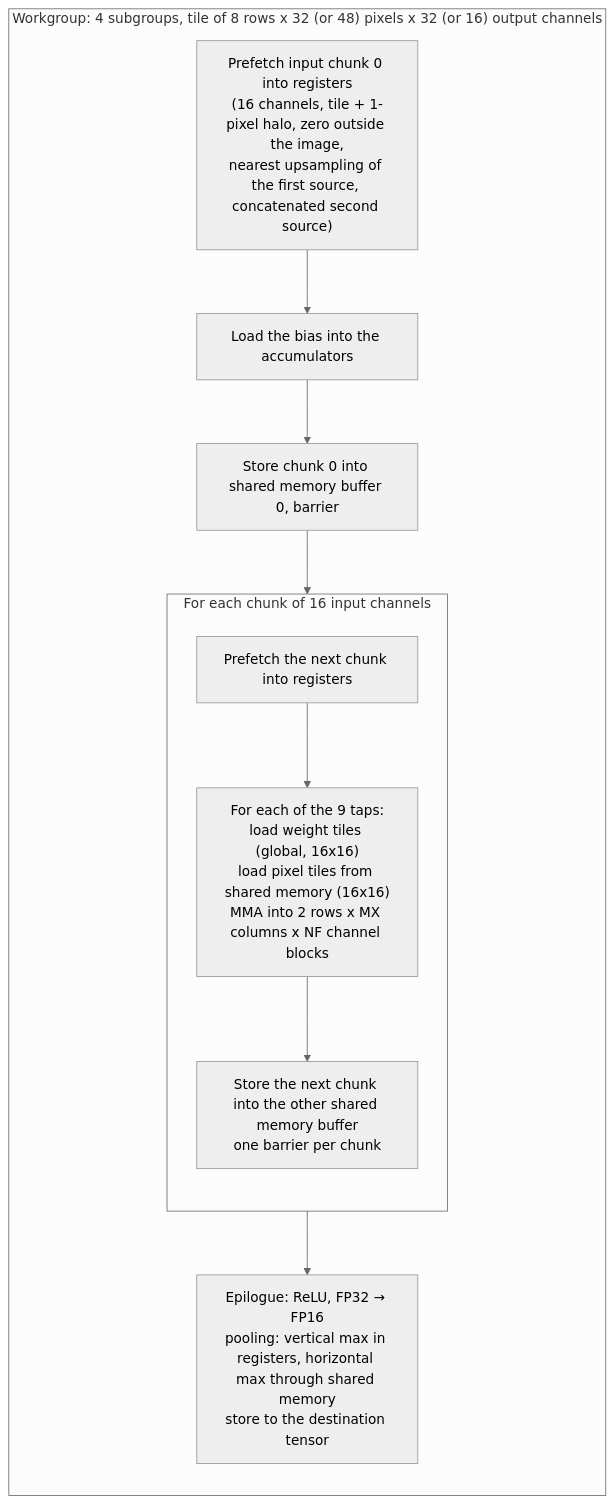
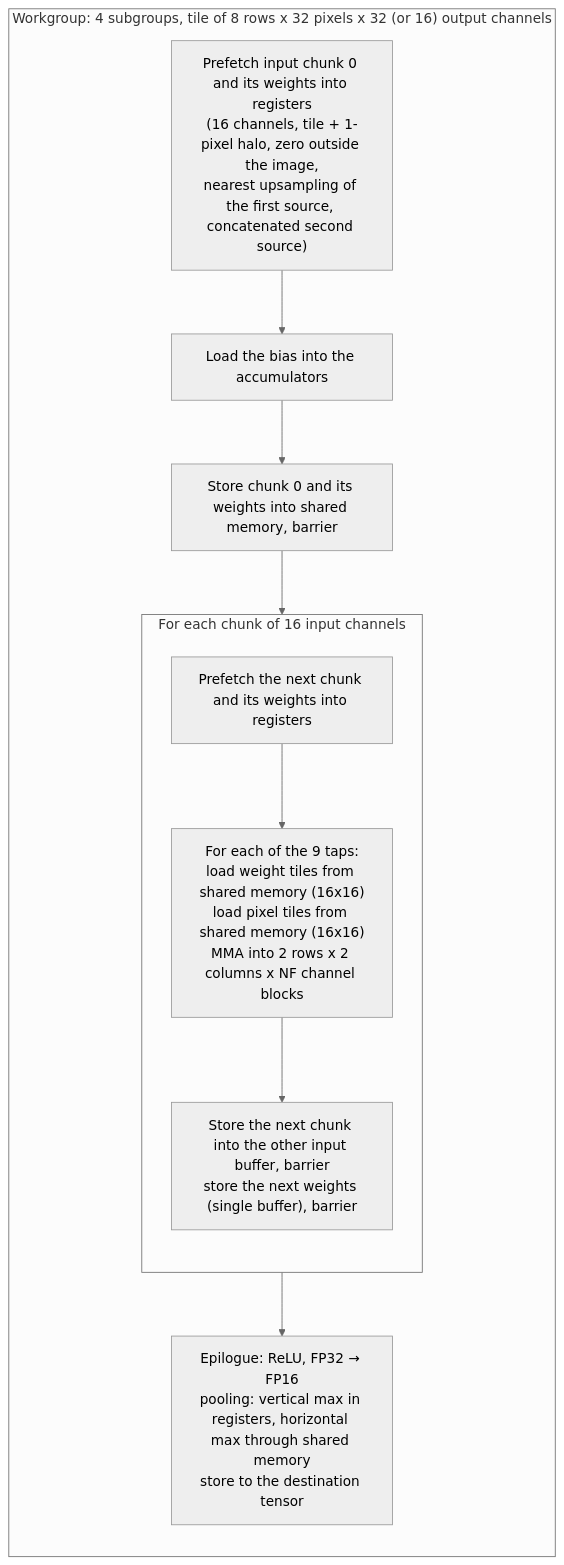
Before and after one commit to mklefrancois/vk_oidn: the fifth of 7 diagrams in docs/architecture.md, drawn with Mermaid (neutral theme). The commit also changed other lines of this file and 6 other files, not shown here.

First line of the commit message:
Stage the convolution weights in shared memory (1.2-1.34x faster)

````diff
--- a/docs/architecture.md
+++ b/docs/architecture.md
@@ -178,20 +178,20 @@
 ```mermaid
 flowchart TD
-    subgraph WG ["Workgroup: 4 subgroups, tile of 8 rows x 32 (or 48) pixels x 32 (or 16) output channels"]
+    subgraph WG ["Workgroup: 4 subgroups, tile of 8 rows x 32 pixels x 32 (or 16) output channels"]
         direction TB
-        P0["Prefetch input chunk 0 into registers<br/>(16 channels, tile + 1-pixel halo, zero outside the image,<br/>nearest upsampling of the first source, concatenated second source)"]
+        P0["Prefetch input chunk 0 and its weights into registers<br/>(16 channels, tile + 1-pixel halo, zero outside the image,<br/>nearest upsampling of the first source, concatenated second source)"]
         B0["Load the bias into the accumulators"]
-        S0["Store chunk 0 into shared memory buffer 0, barrier"]
+        S0["Store chunk 0 and its weights into shared memory, barrier"]
         P0 --> B0 --> S0 --> LOOP
 
         subgraph LOOP ["For each chunk of 16 input channels"]
             direction TB
-            PF["Prefetch the next chunk into registers"]
-            TAPS["For each of the 9 taps:<br/>load weight tiles (global, 16x16)<br/>load pixel tiles from shared memory (16x16)<br/>MMA into 2 rows x MX columns x NF channel blocks"]
-            ST["Store the next chunk into the other shared memory buffer<br/>one barrier per chunk"]
+            PF["Prefetch the next chunk and its weights into registers"]
+            TAPS["For each of the 9 taps:<br/>load weight tiles from shared memory (16x16)<br/>load pixel tiles from shared memory (16x16)<br/>MMA into 2 rows x 2 columns x NF channel blocks"]
+            ST["Store the next chunk into the other input buffer, barrier<br/>store the next weights (single buffer), barrier"]
             PF --> TAPS --> ST
         end
 
         LOOP --> EPI["Epilogue: ReLU, FP32 → FP16<br/>pooling: vertical max in registers, horizontal max through shared memory<br/>store to the destination tensor"]
     end
 ```
````
